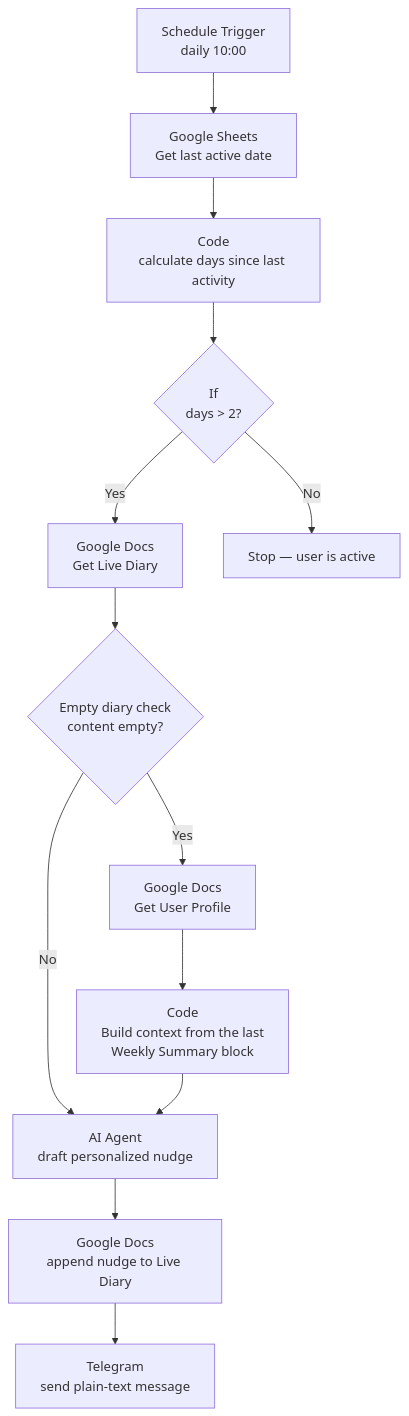
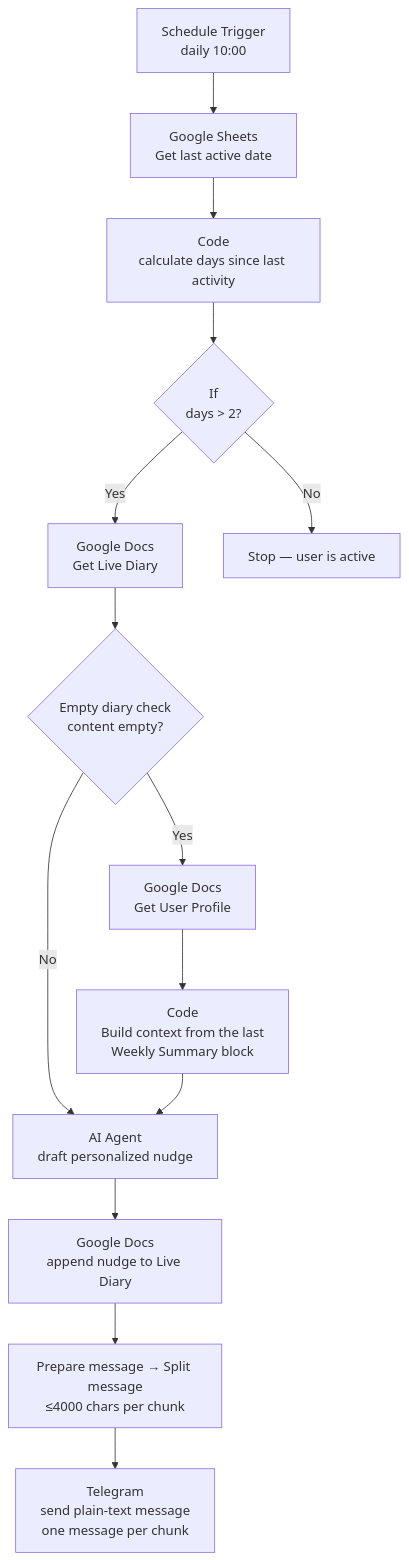
Before and after one commit to Vojta01/aura-therapist: the third of 4 diagrams in docs/ARCHITECTURE.md, drawn with Mermaid. The commit also changed other lines of this file and 2 other files, not shown here.

Commit message:
docs: changelog + architecture + README for Telegram message splitting

````diff
--- a/docs/ARCHITECTURE.md
+++ b/docs/ARCHITECTURE.md
@@ -129,15 +146,16 @@
 ```mermaid
 flowchart TD
     A[Schedule Trigger<br/>daily 10:00] --> B[Google Sheets<br/>Get last active date]
     B --> C[Code<br/>calculate days since last activity]
     C --> D{If<br/>days > 2?}
     D -->|Yes| E[Google Docs<br/>Get Live Diary]
     D -->|No| Z[Stop — user is active]
     E --> E2{Empty diary check<br/>content empty?}
     E2 -->|No| F[AI Agent<br/>draft personalized nudge]
     E2 -->|Yes| P[Google Docs<br/>Get User Profile]
     P --> Q[Code<br/>Build context from the last<br/>Weekly Summary block]
     Q --> F
     F --> G[Google Docs<br/>append nudge to Live Diary]
-    G --> H[Telegram<br/>send plain-text message]
+    G --> SP[Prepare message → Split message<br/>≤4000 chars per chunk]
+    SP --> H[Telegram<br/>send plain-text message<br/>one message per chunk]
 ```
````
